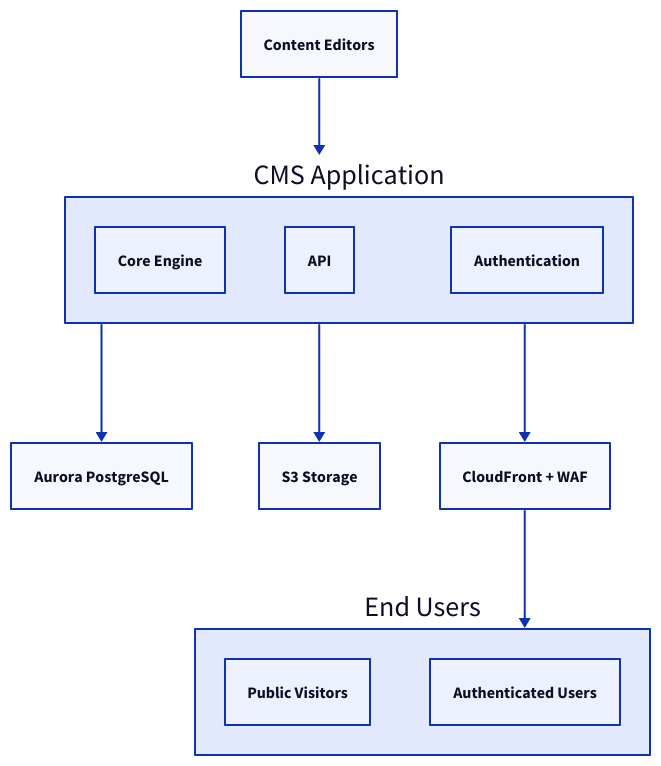
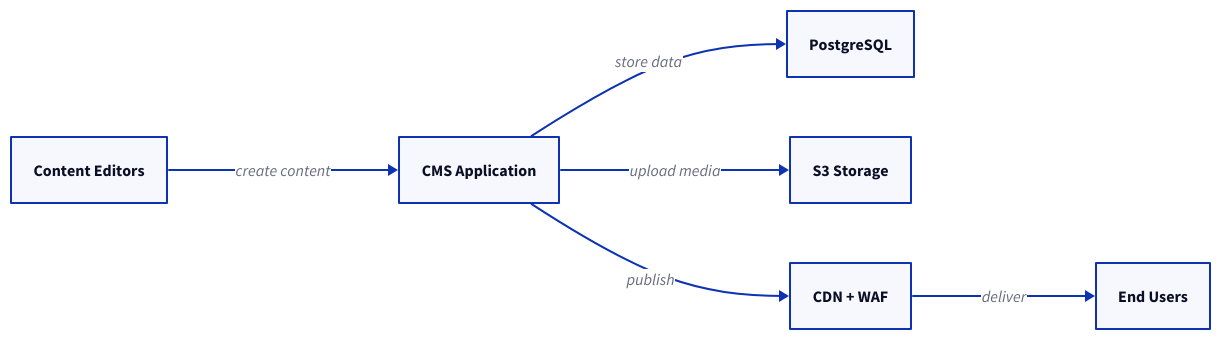
Before and after one commit to wagov-dtt/architecture-decision-records: the diagram in reference-architectures/content-management.md, drawn with D2. The commit also changed 3 other files, not shown here.

Commit message:
Improved architecture ref diagrams

````diff
--- a/reference-architectures/content-management.md
+++ b/reference-architectures/content-management.md
@@ -19,21 +19,16 @@
 ```d2
-Content Editors -> CMS Application -> Database
-CMS Application -> File Storage
-CMS Application -> CDN
-CDN -> End Users
+direction: right
 
-CMS Application: {
-  Core Engine
-  API
-  Authentication
-}
+editors: Content Editors
+cms: CMS Application
+db: PostgreSQL
+storage: S3 Storage
+cdn: CDN + WAF
+users: End Users
 
-Database: Aurora PostgreSQL
-File Storage: S3 Storage  
-CDN: CloudFront + WAF
-
-End Users: {
-  Public Visitors
-  Authenticated Users
-}
+editors -> cms: create content
+cms -> db: store data
+cms -> storage: upload media
+cms -> cdn: publish
+cdn -> users: deliver
 ```
````
